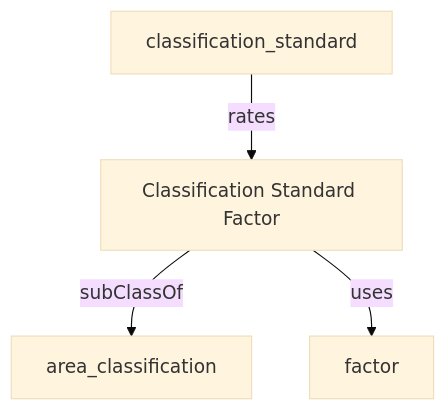
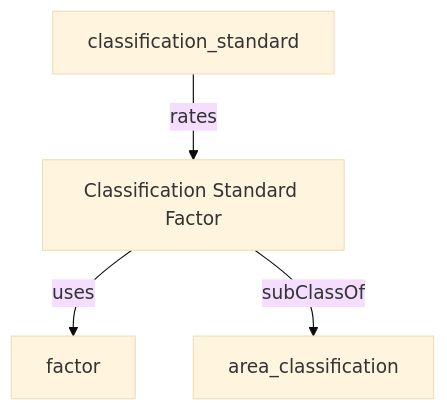
The diagram in content/hr_data_model/classification_standard_factor.md (heidingaway/heidi2), drawn with Mermaid (base theme) before and after one commit. The commit also changed other lines of this file and 350 other files, not shown here.

````diff
--- a/content/hr_data_model/classification_standard_factor.md
+++ b/content/hr_data_model/classification_standard_factor.md
@@ -21,10 +22,10 @@
 ```mermaid
 graph TD
   Classification_Standard_Factor["Classification Standard Factor"]:::current-page-node
   area_classification["area_classification"]
   factor["factor"]
   classification_standard["classification_standard"]
+  Classification_Standard_Factor-->|" uses "|factor
+  classification_standard-->|" rates "|Classification_Standard_Factor
   Classification_Standard_Factor-->|" subClassOf "|area_classification
-  classification_standard-->|" rates "|Classification_Standard_Factor
-  Classification_Standard_Factor-->|" uses "|factor
 ```
````
